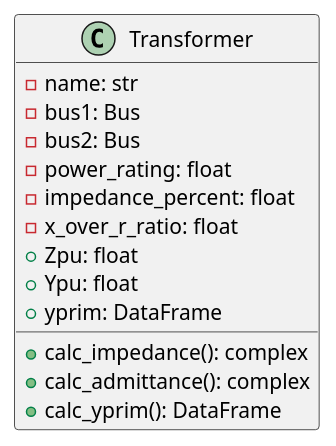
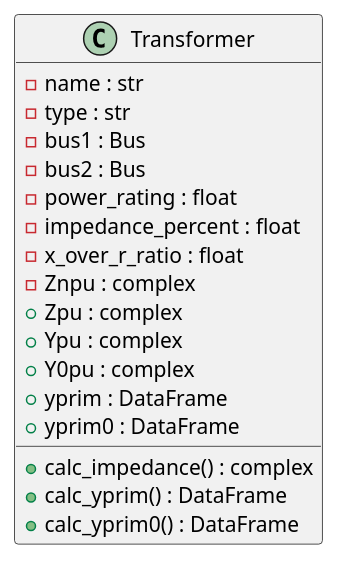
One commit to JLipnerPitt/ECE2774-ADV-POWER-SYSTEMS-ANALYSIS changed diagram 17 of 18 in project2.plantuml. Above: the diagram before and after it, drawn with PlantUML. The commit also changed other lines of this file and 4 other files, not shown here.

```diff
--- a/project2.plantuml
+++ b/project2.plantuml
@@ -135,17 +297,21 @@
 @startuml Transformer
 class Transformer {
-    -name: str
-    -bus1: Bus
-    -bus2: Bus
-    -power_rating: float
-    -impedance_percent: float
-    -x_over_r_ratio: float
-    +Zpu: float
-    +Ypu: float
-    +yprim: DataFrame
+    - name : str
+    - type : str
+    - bus1 : Bus
+    - bus2 : Bus
+    - power_rating : float
+    - impedance_percent : float
+    - x_over_r_ratio : float
+    - Znpu : complex
+    + Zpu : complex
+    + Ypu : complex
+    + Y0pu : complex
+    + yprim : DataFrame
+    + yprim0 : DataFrame
 
-    +calc_impedance(): complex
-    +calc_admittance(): complex
-    +calc_yprim(): DataFrame
+    + calc_impedance() : complex
+    + calc_yprim() : DataFrame
+    + calc_yprim0() : DataFrame
 }
 @enduml
```
